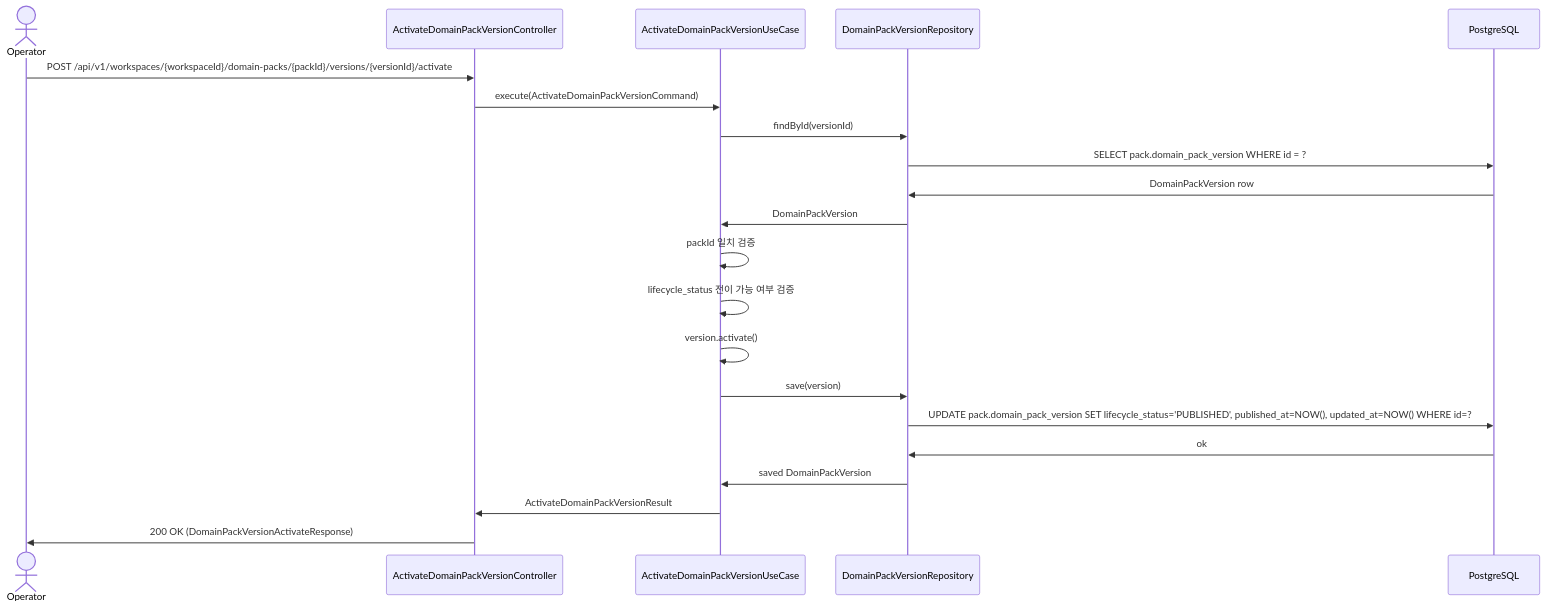
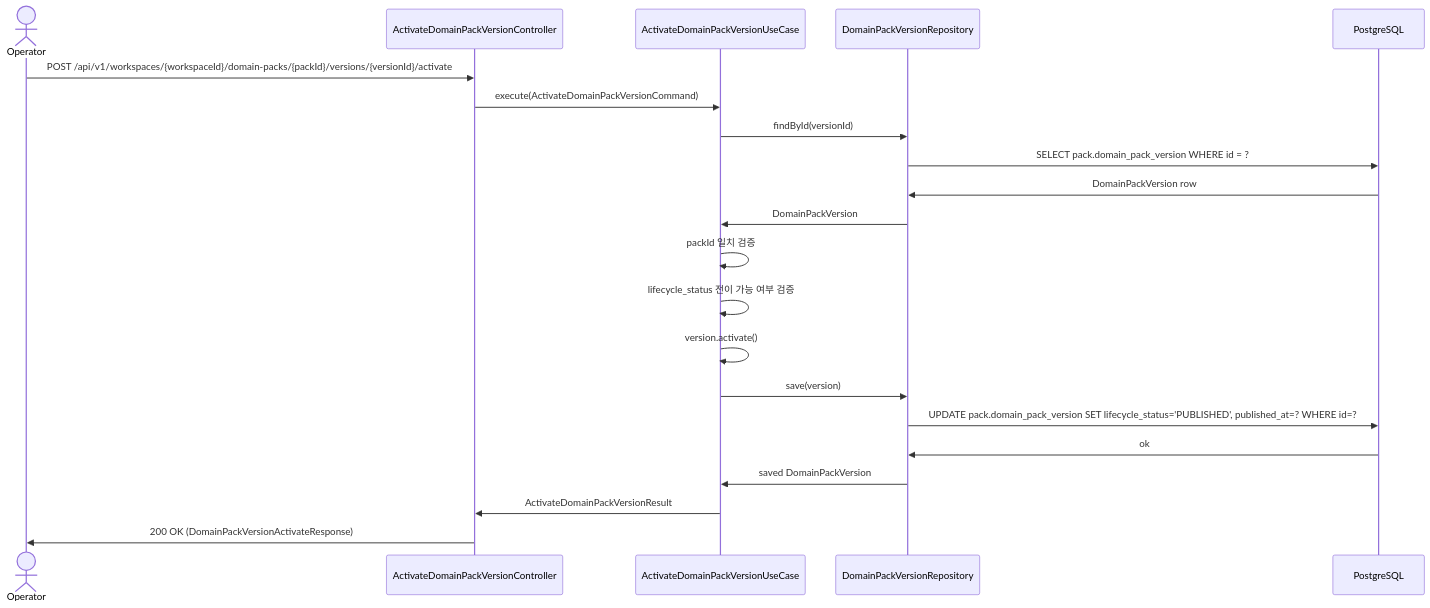
The first of 2 diagrams in .agent/specs/332.md (ajou-2026-1-capstone-5/ostone), drawn with Mermaid before and after one commit. The commit also changed other lines of this file, not shown here.

````diff
--- a/.agent/specs/332.md
+++ b/.agent/specs/332.md
@@ -18,24 +18,24 @@
 ```mermaid
 sequenceDiagram
     actor op as Operator
     participant ctrl as ActivateDomainPackVersionController
     participant uc as ActivateDomainPackVersionUseCase
     participant repo as DomainPackVersionRepository
     participant db as PostgreSQL
 
     op ->> ctrl: POST /api/v1/workspaces/{workspaceId}/domain-packs/{packId}/versions/{versionId}/activate
     ctrl ->> uc: execute(ActivateDomainPackVersionCommand)
     uc ->> repo: findById(versionId)
     repo ->> db: SELECT pack.domain_pack_version WHERE id = ?
     db ->> repo: DomainPackVersion row
     repo ->> uc: DomainPackVersion
     uc ->> uc: packId 일치 검증
     uc ->> uc: lifecycle_status 전이 가능 여부 검증
     uc ->> uc: version.activate()
     uc ->> repo: save(version)
-    repo ->> db: UPDATE pack.domain_pack_version SET lifecycle_status='PUBLISHED', published_at=NOW(), updated_at=NOW() WHERE id=?
+    repo ->> db: UPDATE pack.domain_pack_version SET lifecycle_status='PUBLISHED', published_at=? WHERE id=?
     db ->> repo: ok
     repo ->> uc: saved DomainPackVersion
     uc ->> ctrl: ActivateDomainPackVersionResult
     ctrl ->> op: 200 OK (DomainPackVersionActivateResponse)
 ```
````
